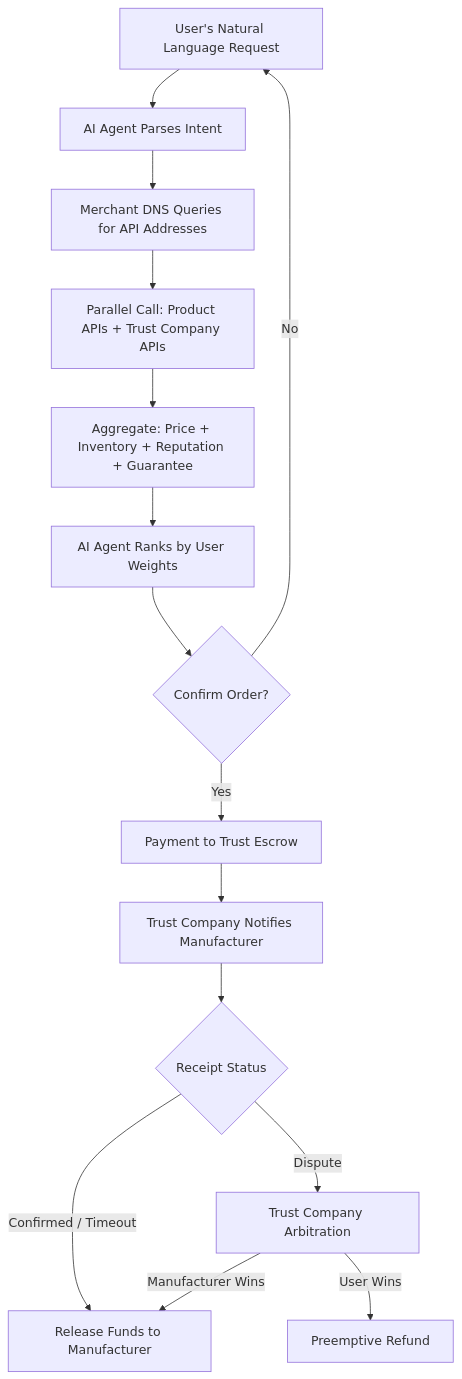
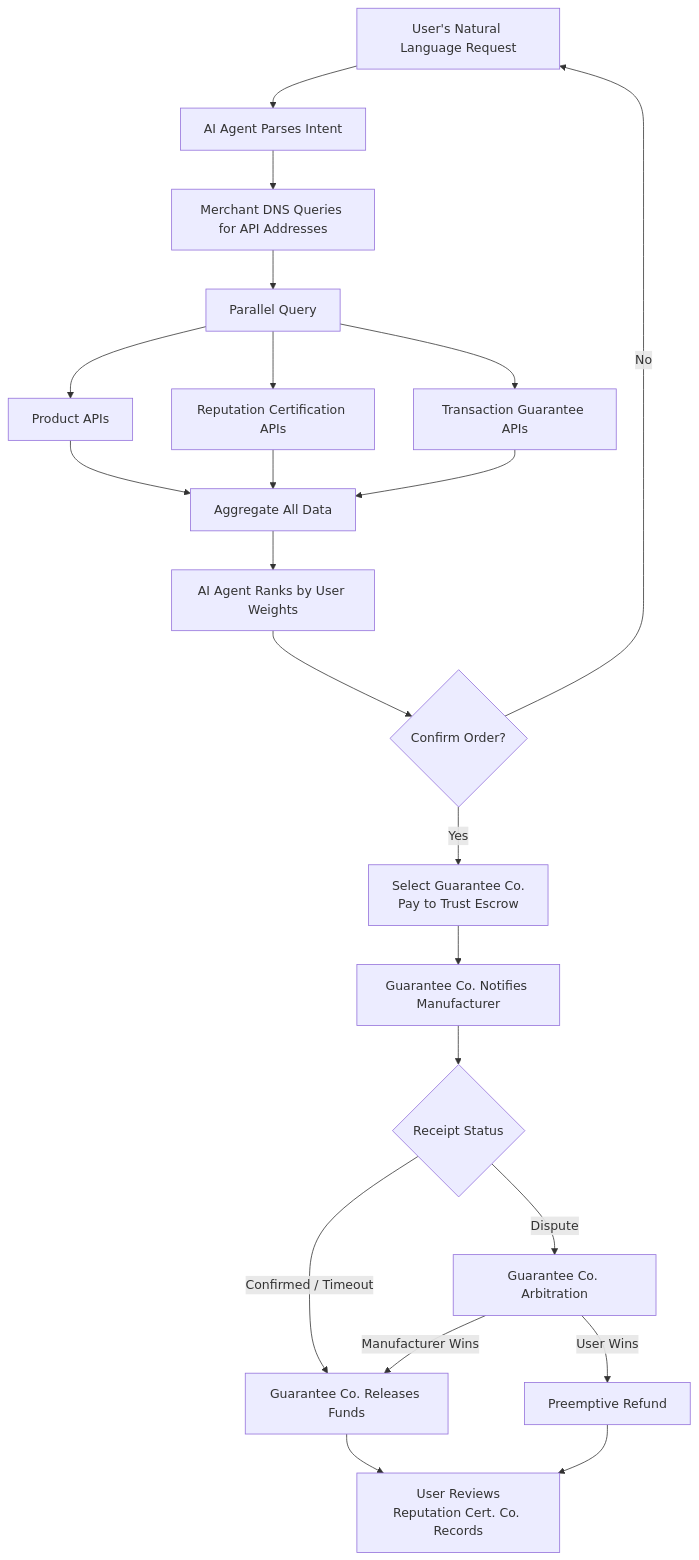
Before and after one commit to kaicen-x/ai-shopping-paradigm: the second of 7 diagrams in English/AI-Shopping-Paradigm.md, drawn with Mermaid. The commit also changed other lines of this file and 4 other files, not shown here.

````diff
--- a/English/AI-Shopping-Paradigm.md
+++ b/English/AI-Shopping-Paradigm.md
@@ -41,17 +46,24 @@
 ```mermaid
 flowchart TD
- A[User's Natural Language Request] --> B[AI Agent Parses Intent]
- B --> C[Merchant DNS Queries for API Addresses]
- C --> D[Parallel Call: Product APIs + Trust Company APIs]
- D --> E[Aggregate: Price + Inventory + Reputation + Guarantee]
- E --> F[AI Agent Ranks by User Weights]
- F --> G{Confirm Order?}
- G -->|No| A
- G -->|Yes| H[Payment to Trust Escrow]
- H --> I[Trust Company Notifies Manufacturer]
- I --> J{Receipt Status}
- J -->|Confirmed / Timeout| K[Release Funds to Manufacturer]
- J -->|Dispute| L[Trust Company Arbitration]
- L -->|User Wins| M[Preemptive Refund]
- L -->|Manufacturer Wins| K
+    A[User's Natural Language Request] --> B[AI Agent Parses Intent]
+    B --> C[Merchant DNS Queries for API Addresses]
+    C --> D[Parallel Query]
+    D --> D1[Product APIs]
+    D --> D2[Reputation Certification APIs]
+    D --> D3[Transaction Guarantee APIs]
+    D1 --> E[Aggregate All Data]
+    D2 --> E
+    D3 --> E
+    E --> F[AI Agent Ranks by User Weights]
+    F --> G{Confirm Order?}
+    G -->|No| A
+    G -->|Yes| H[Select Guarantee Co.<br/>Pay to Trust Escrow]
+    H --> I[Guarantee Co. Notifies Manufacturer]
+    I --> J{Receipt Status}
+    J -->|Confirmed / Timeout| K[Guarantee Co. Releases Funds]
+    J -->|Dispute| L[Guarantee Co. Arbitration]
+    L -->|User Wins| M[Preemptive Refund]
+    L -->|Manufacturer Wins| K
+    K --> N[User Reviews<br/>Reputation Cert. Co. Records]
+    M --> N
 ```
````
